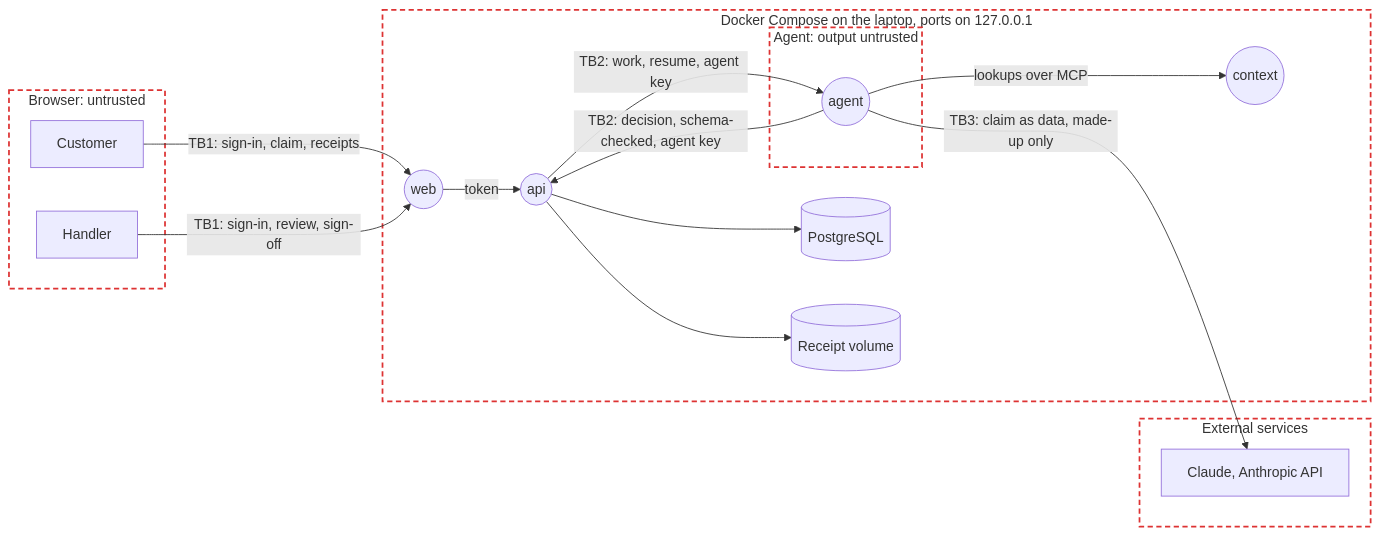
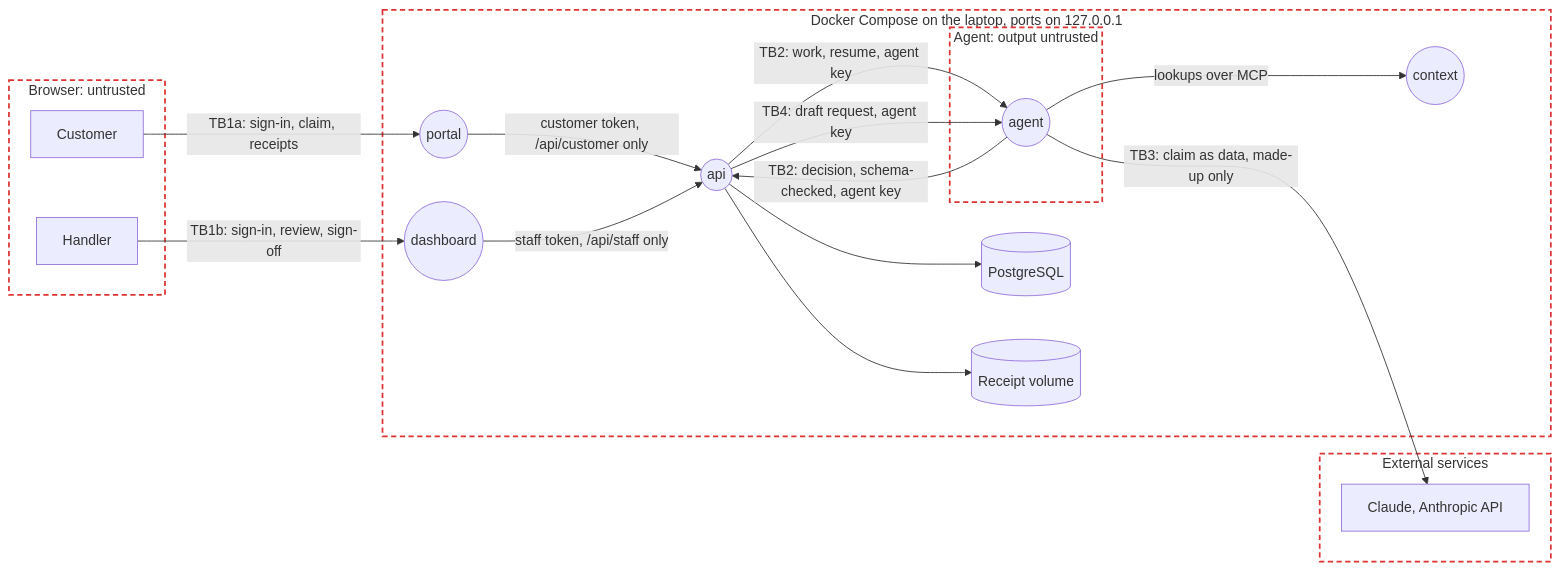
One commit to euginevd/travel-claims changed the diagram in docs/threat-model.md. Above: the diagram before and after it, drawn with Mermaid. The commit also changed other lines of this file and 177 other files, not shown here.

Commit message:
Separate customer and staff apps, and the AI-native claim experience

````diff
--- a/docs/threat-model.md
+++ b/docs/threat-model.md
@@ -7,31 +7,34 @@
 ```mermaid
 flowchart LR
   subgraph browser ["Browser: untrusted"]
     customer[Customer]
     handler[Handler]
   end
   subgraph laptop ["Docker Compose on the laptop, ports on 127.0.0.1"]
-    web((web))
+    portal((portal))
+    dashboard((dashboard))
     api((api))
     db[(PostgreSQL)]
     receipts[(Receipt volume)]
     context((context))
     subgraph agentzone ["Agent: output untrusted"]
       agent((agent))
     end
   end
   subgraph third ["External services"]
     anthropic[Claude, Anthropic API]
   end
-  customer -- "TB1: sign-in, claim, receipts" --> web
-  handler -- "TB1: sign-in, review, sign-off" --> web
-  web -- "token" --> api
+  customer -- "TB1a: sign-in, claim, receipts" --> portal
+  handler -- "TB1b: sign-in, review, sign-off" --> dashboard
+  portal -- "customer token, /api/customer only" --> api
+  dashboard -- "staff token, /api/staff only" --> api
   api --> db
   api --> receipts
   api -- "TB2: work, resume, agent key" --> agent
   agent -- "TB2: decision, schema-checked, agent key" --> api
   agent -- "lookups over MCP" --> context
   agent -- "TB3: claim as data, made-up only" --> anthropic
+  api -- "TB4: draft request, agent key" --> agent
   classDef boundary fill:none,stroke:#d33,stroke-width:2px,stroke-dasharray:6 4
   class browser,laptop,agentzone,third boundary
 ```
````
